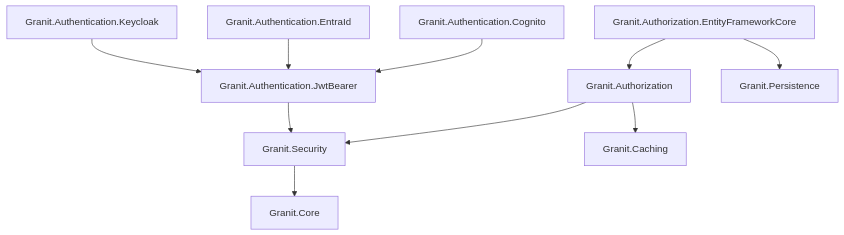
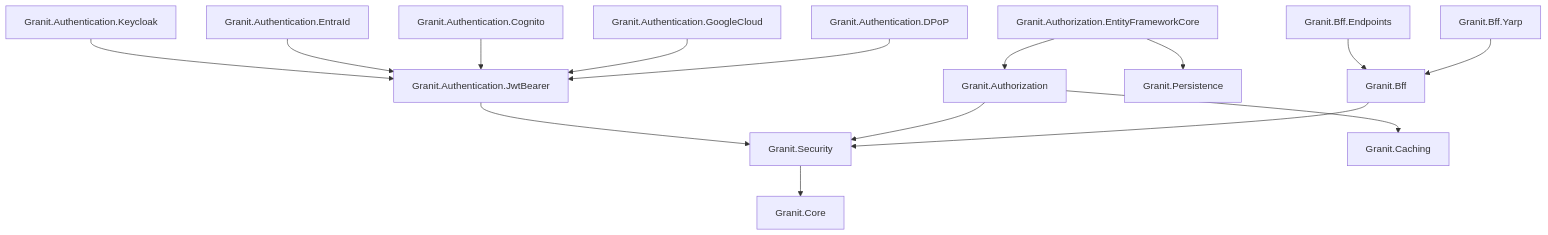
One commit to granit-fx/granit-dotnet changed the diagram in docs-site/src/content/docs/dotnet/security/security-overview.mdx. Above: the diagram before and after it, drawn with Mermaid. The commit also changed other lines of this file and 16 other files, not shown here.

````diff
--- a/docs-site/src/content/docs/dotnet/security/security-overview.mdx
+++ b/docs-site/src/content/docs/dotnet/security/security-overview.mdx
@@ -79,12 +82,17 @@
 ```mermaid
 graph TD
     S[Granit.Security] --> C[Granit.Core]
     JWT[Granit.Authentication.JwtBearer] --> S
     KC[Granit.Authentication.Keycloak] --> JWT
     EID[Granit.Authentication.EntraId] --> JWT
     CG[Granit.Authentication.Cognito] --> JWT
+    GC[Granit.Authentication.GoogleCloud] --> JWT
+    DPOP[Granit.Authentication.DPoP] --> JWT
     AZ[Granit.Authorization] --> S
     AZ --> CA[Granit.Caching]
     AZEF[Granit.Authorization.EntityFrameworkCore] --> AZ
     AZEF --> P[Granit.Persistence]
+    BFF[Granit.Bff] --> S
+    BFFE[Granit.Bff.Endpoints] --> BFF
+    BFFY[Granit.Bff.Yarp] --> BFF
 ```
````
